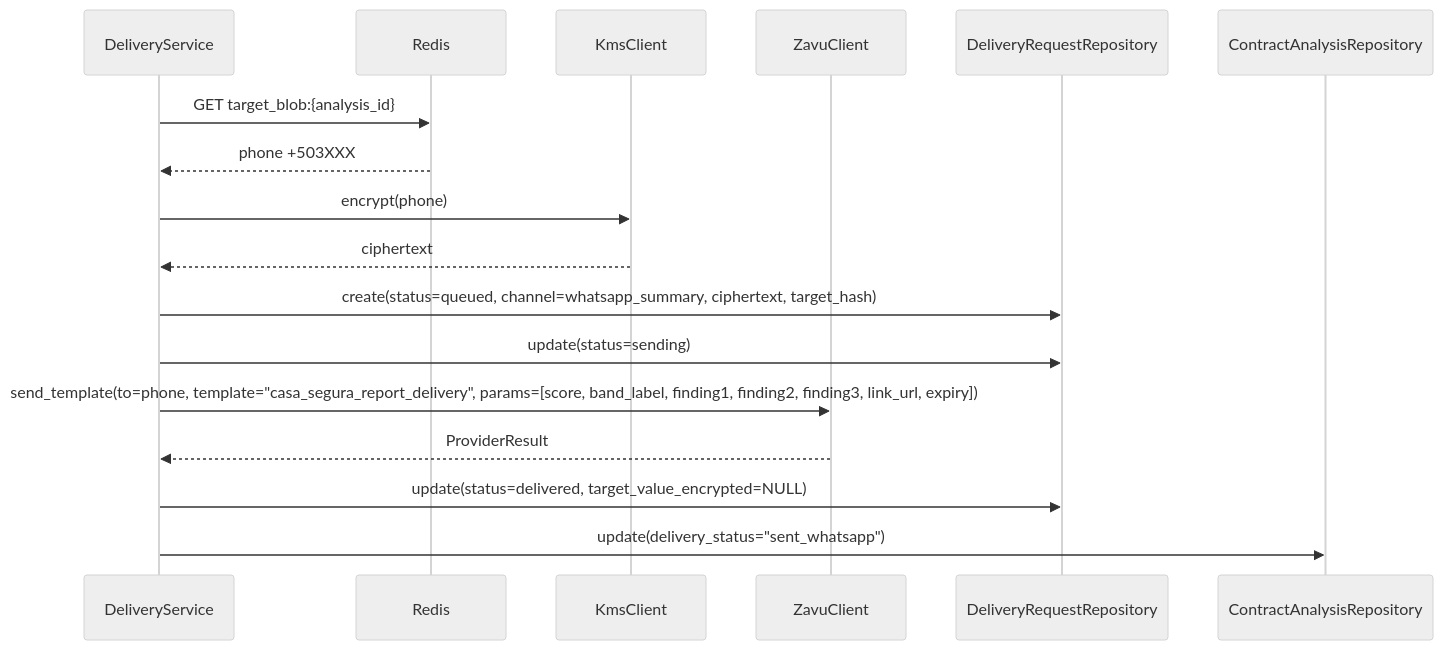
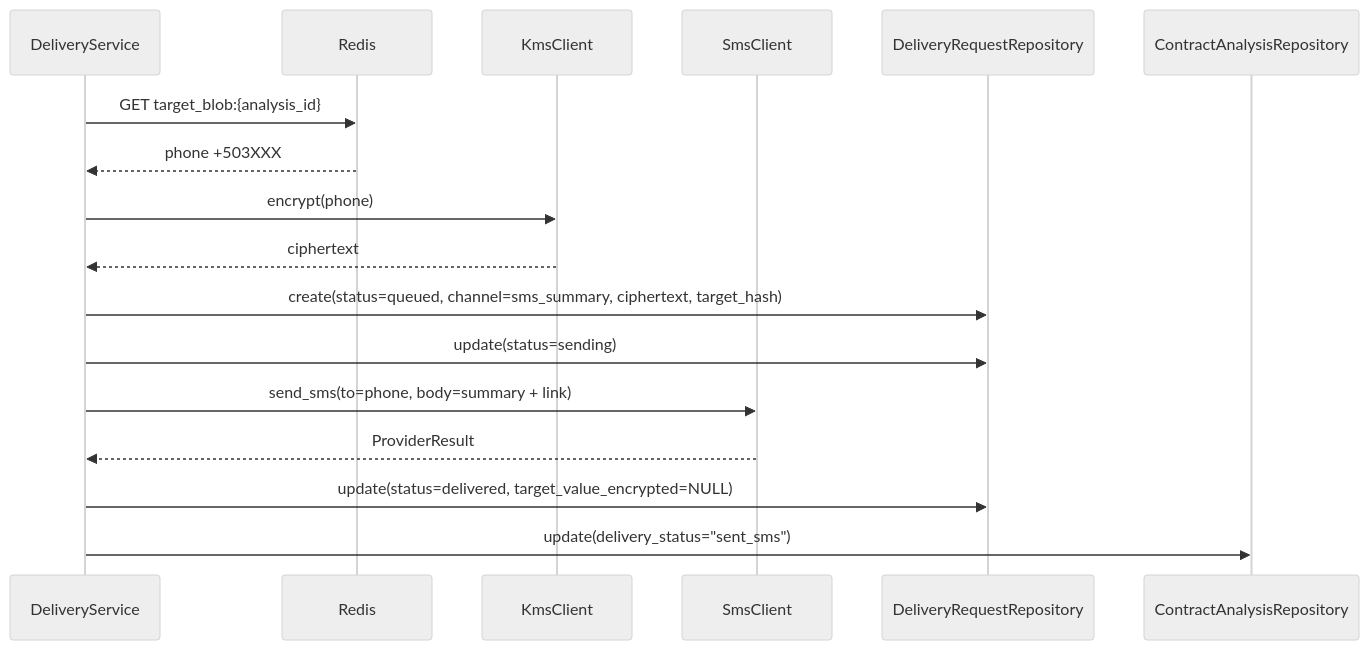
Before and after one commit to Casa-Segura/casa-segura: the fourth of 10 diagrams in docs/analysis/F7_entrega_multicanal/INTERACTION_DIAGRAMS.md, drawn with Mermaid (neutral theme). The commit also changed other lines of this file and 67 other files, not shown here.

First line of the commit message:
docs(product): make SMS delivery canonical

````diff
--- a/docs/analysis/F7_entrega_multicanal/INTERACTION_DIAGRAMS.md
+++ b/docs/analysis/F7_entrega_multicanal/INTERACTION_DIAGRAMS.md
@@ -93,20 +93,20 @@
 ```mermaid
 sequenceDiagram
     participant Svc as DeliveryService
     participant Redis as Redis
     participant KMS as KmsClient
-    participant Zavu as ZavuClient
+    participant Sms as SmsClient
     participant DR as DeliveryRequestRepository
     participant AR as ContractAnalysisRepository
 
     Svc->>Redis: GET target_blob:{analysis_id}
     Redis-->>Svc: phone +503XXX
     Svc->>KMS: encrypt(phone)
     KMS-->>Svc: ciphertext
-    Svc->>DR: create(status=queued, channel=whatsapp_summary, ciphertext, target_hash)
+    Svc->>DR: create(status=queued, channel=sms_summary, ciphertext, target_hash)
     Svc->>DR: update(status=sending)
-    Svc->>Zavu: send_template(to=phone, template="casa_segura_report_delivery", params=[score, band_label, finding1, finding2, finding3, link_url, expiry])
-    Zavu-->>Svc: ProviderResult
+    Svc->>Sms: send_sms(to=phone, body=summary + link)
+    Sms-->>Svc: ProviderResult
     Svc->>DR: update(status=delivered, target_value_encrypted=NULL)
-    Svc->>AR: update(delivery_status="sent_whatsapp")
+    Svc->>AR: update(delivery_status="sent_sms")
 ```
````
